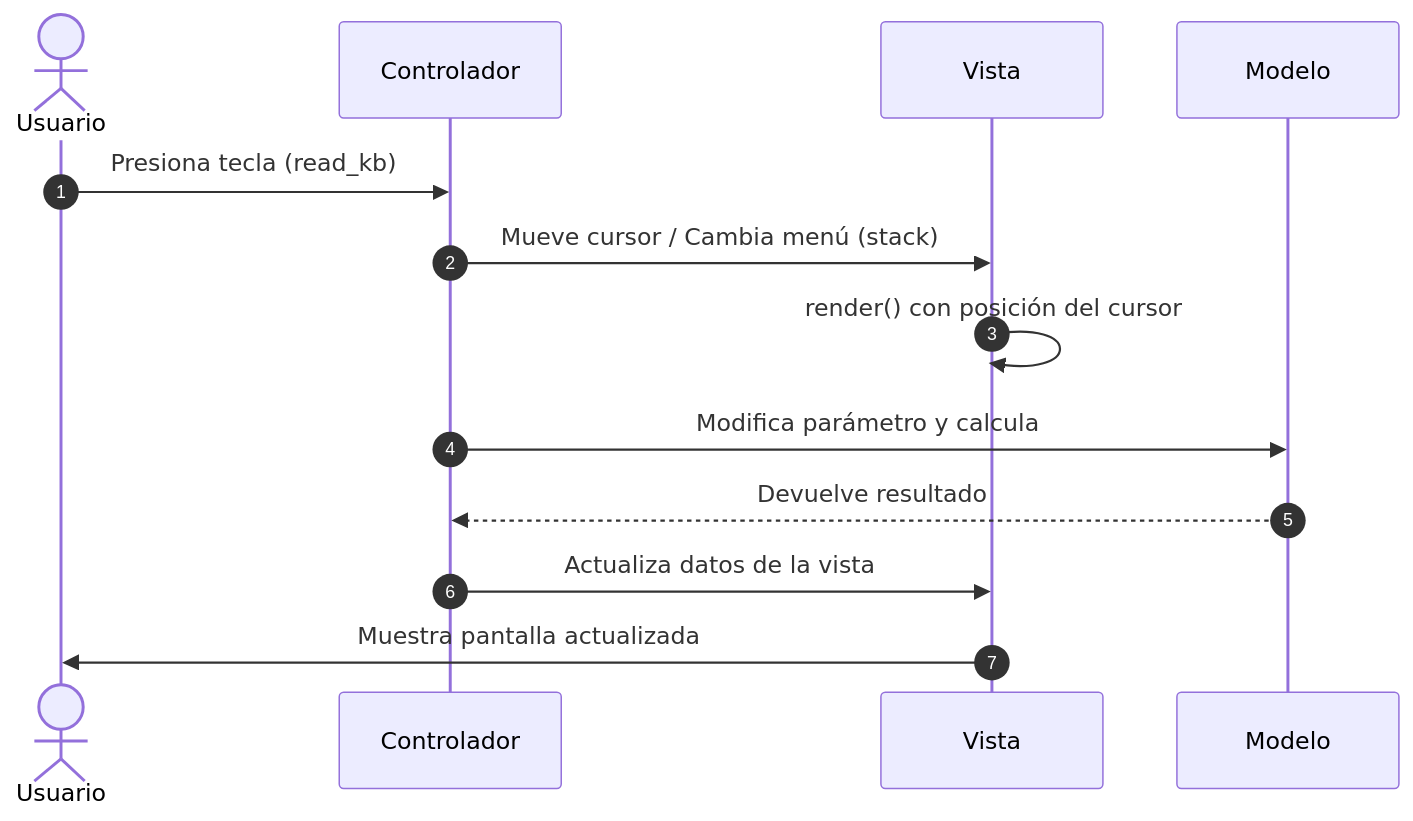
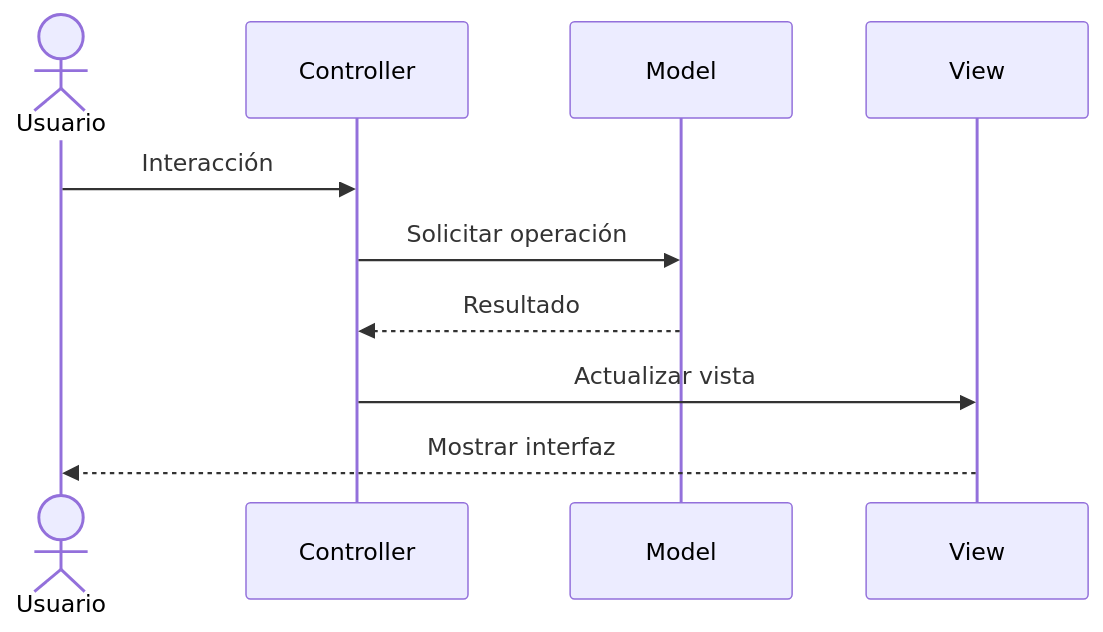
Before and after one commit to MarcosBernardC/ohm-tui: the first of 7 diagrams in README.md, drawn with Mermaid. The commit also changed other lines of this file, not shown here.

Commit message:
docs(readme): reorganizar documentación y actualizar diagramas UML

````diff
--- a/README.md
+++ b/README.md
@@ -14,16 +14,13 @@
 ```mermaid
 sequenceDiagram
-    autonumber
-    actor usuario as Usuario
-    participant controlador as Controlador
-    participant vista as Vista
-    participant modelo as Modelo
+    actor U as Usuario
+    participant C as Controller
+    participant M as Model
+    participant V as View
 
-    usuario->>controlador: Presiona tecla (read_kb)
-    controlador->>vista: Mueve cursor / Cambia menú (stack)
-    vista->>vista: render() con posición del cursor
-    controlador->>modelo: Modifica parámetro y calcula
-    modelo-->>controlador: Devuelve resultado
-    controlador->>vista: Actualiza datos de la vista
-    vista->>usuario: Muestra pantalla actualizada
+    U->>C: Interacción
+    C->>M: Solicitar operación
+    M-->>C: Resultado
+    C->>V: Actualizar vista
+    V-->>U: Mostrar interfaz
 ```
````
